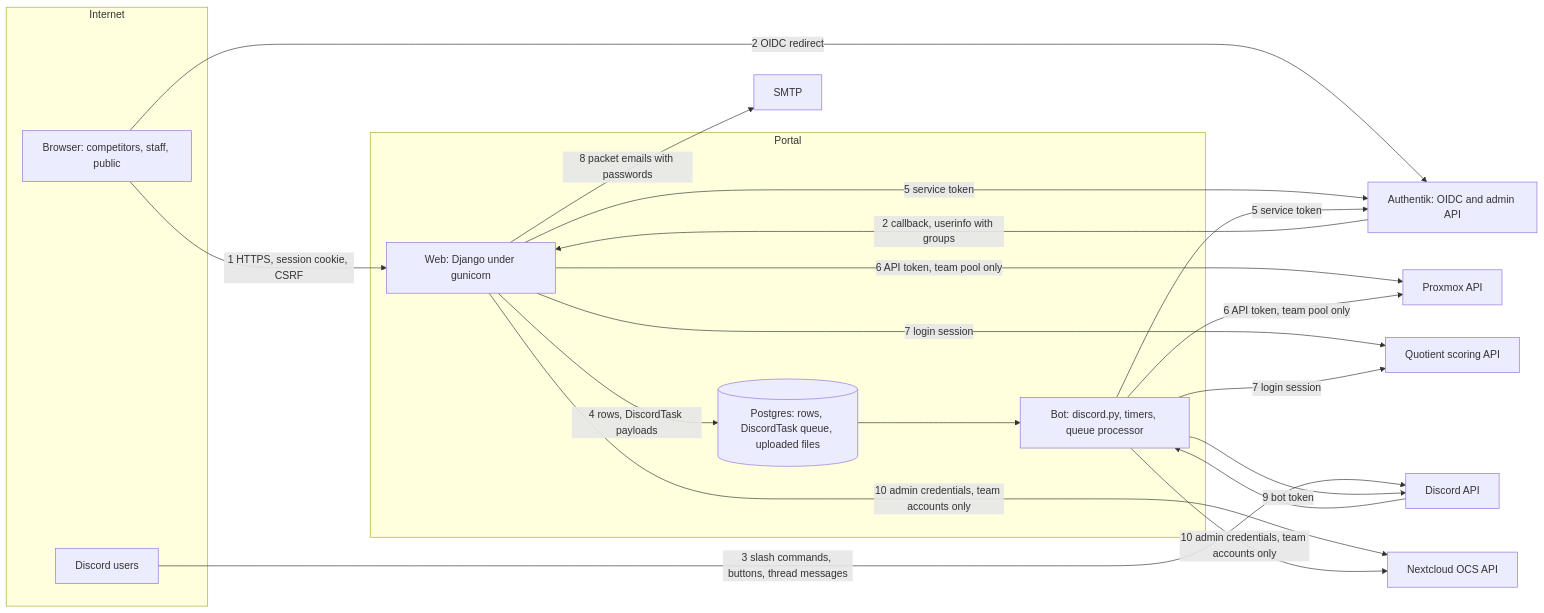
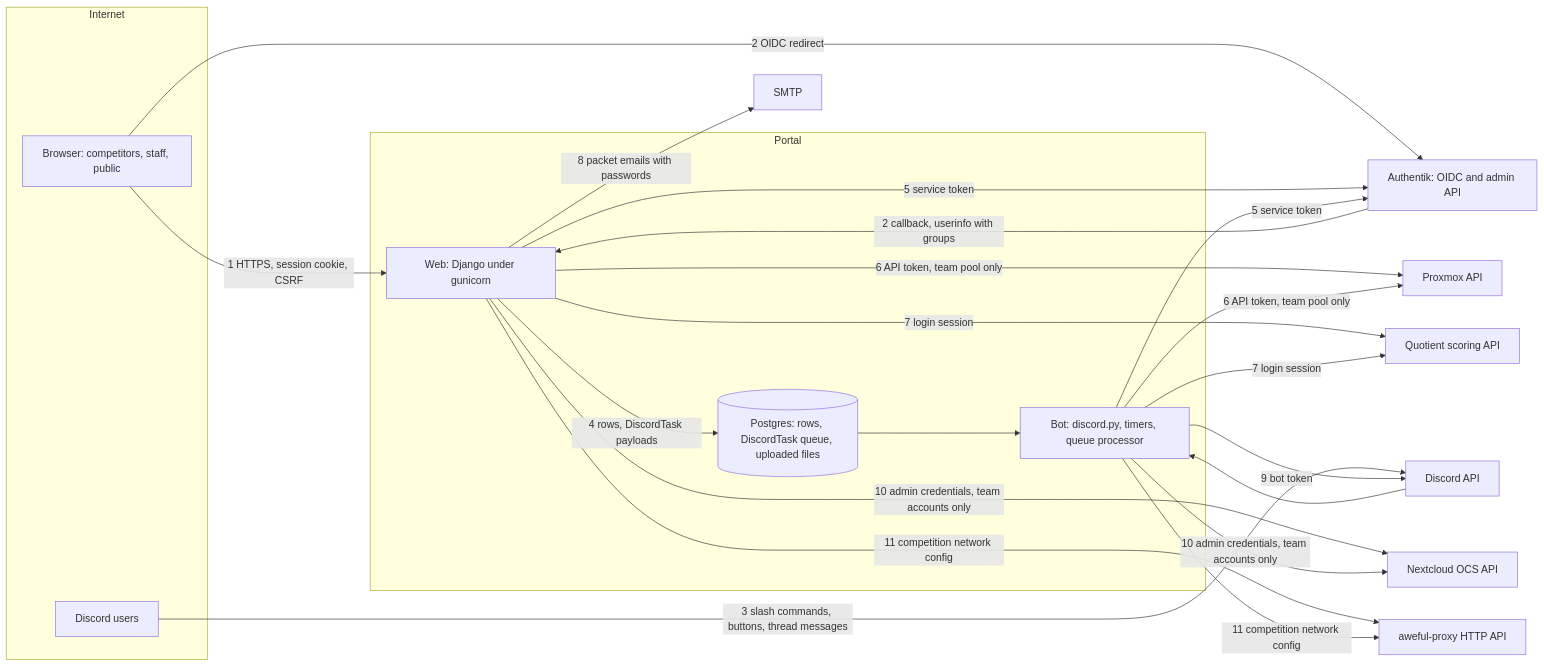
Before and after one commit to wccomps/wccomps-portal: the diagram in THREAT_MODEL.md, drawn with Mermaid. The commit also changed other lines of this file and 3 other files, not shown here.

First line of the commit message:
Push competition DNS and network config to aweful-proxy on Quotient sync (#306)

````diff
--- a/THREAT_MODEL.md
+++ b/THREAT_MODEL.md
@@ -47,30 +47,32 @@
 ```mermaid
 flowchart LR
     subgraph Internet
         B[Browser: competitors, staff, public]
         D[Discord users]
     end
     subgraph Portal
         W[Web: Django under gunicorn]
         Q[(Postgres: rows, DiscordTask queue, uploaded files)]
         T[Bot: discord.py, timers, queue processor]
     end
     A[Authentik: OIDC and admin API]
     P[Proxmox API]
     S[Quotient scoring API]
     N[Nextcloud OCS API]
+    X[aweful-proxy HTTP API]
     M[SMTP]
     G[Discord API]
     B -- "1 HTTPS, session cookie, CSRF" --> W
     B -- "2 OIDC redirect" --> A
     A -- "2 callback, userinfo with groups" --> W
     D -- "3 slash commands, buttons, thread messages" --> G --> T
     W -- "4 rows, DiscordTask payloads" --> Q
     Q --> T
     W & T -- "5 service token" --> A
     W & T -- "6 API token, team pool only" --> P
     W & T -- "7 login session" --> S
     W -- "8 packet emails with passwords" --> M
     T -- "9 bot token" --> G
     W & T -- "10 admin credentials, team accounts only" --> N
+    W & T -- "11 competition network config" --> X
 ```
````
